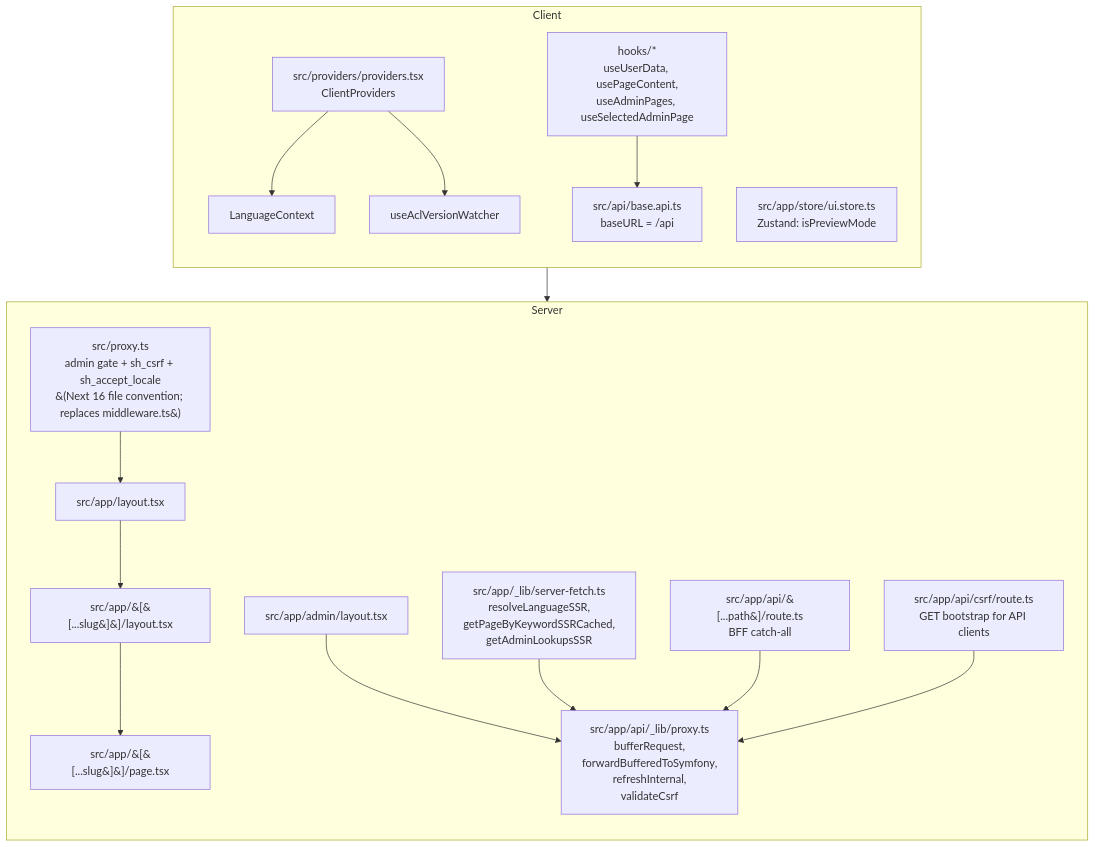
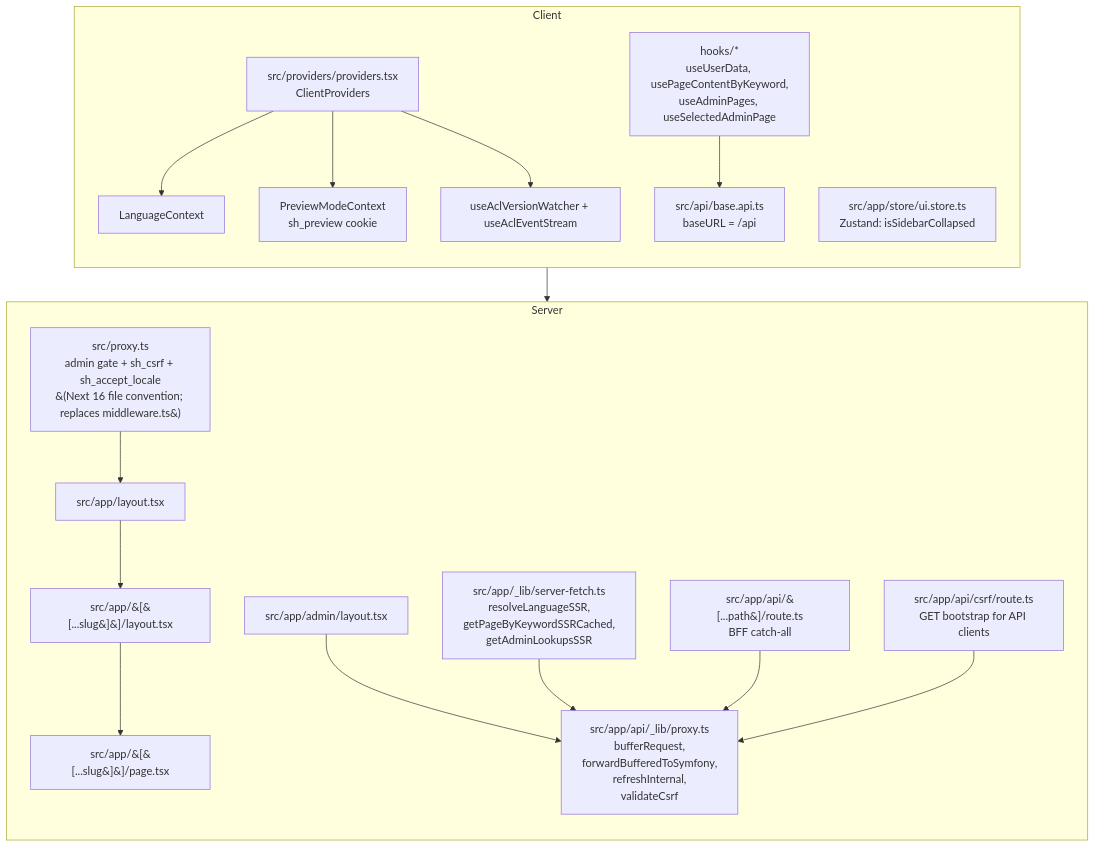
Before and after one commit to humdek-unibe-ch/sh-selfhelp_frontend: the sixth of 6 diagrams in architecture.md, drawn with Mermaid. The commit also changed other lines of this file and 20 other files, not shown here.

First line of the commit message:
docs: SSR/auth refactor, Mercure ACL push, cookie-driven preview/color scheme

````diff
--- a/architecture.md
+++ b/architecture.md
@@ -1914,34 +1928,36 @@
 ```mermaid
 graph TB
     subgraph Server
         direction TB
         MW[src/proxy.ts<br/>admin gate + sh_csrf + sh_accept_locale<br/>&#40;Next 16 file convention; replaces middleware.ts&#41;]
         RL[src/app/layout.tsx]
         SL[src/app/&#91;&#91;...slug&#93;&#93;/layout.tsx]
         SP[src/app/&#91;&#91;...slug&#93;&#93;/page.tsx]
         AL[src/app/admin/layout.tsx]
         SF[src/app/_lib/server-fetch.ts<br/>resolveLanguageSSR,<br/>getPageByKeywordSSRCached,<br/>getAdminLookupsSSR]
         Proxy[src/app/api/&#91;...path&#93;/route.ts<br/>BFF catch-all]
         Csrf[src/app/api/csrf/route.ts<br/>GET bootstrap for API clients]
         ProxyLib[src/app/api/_lib/proxy.ts<br/>bufferRequest,<br/>forwardBufferedToSymfony,<br/>refreshInternal,<br/>validateCsrf]
     end
 
     subgraph Client
         direction TB
         CP[src/providers/providers.tsx<br/>ClientProviders]
         Axios[src/api/base.api.ts<br/>baseURL = /api]
         LCtx[LanguageContext]
-        Zu[src/app/store/ui.store.ts<br/>Zustand: isPreviewMode]
-        Watch[useAclVersionWatcher]
-        Hooks[hooks/*<br/>useUserData, usePageContent,<br/>useAdminPages, useSelectedAdminPage]
+        PCtx[PreviewModeContext<br/>sh_preview cookie]
+        Zu[src/app/store/ui.store.ts<br/>Zustand: isSidebarCollapsed]
+        Watch[useAclVersionWatcher + useAclEventStream]
+        Hooks[hooks/*<br/>useUserData, usePageContentByKeyword,<br/>useAdminPages, useSelectedAdminPage]
     end
 
     MW --> RL --> SL --> SP
     AL --> ProxyLib
     SF --> ProxyLib
     Proxy --> ProxyLib
     Csrf --> ProxyLib
     CP --> LCtx
+    CP --> PCtx
     CP --> Watch
     Hooks --> Axios --> Proxy
 ```
````
